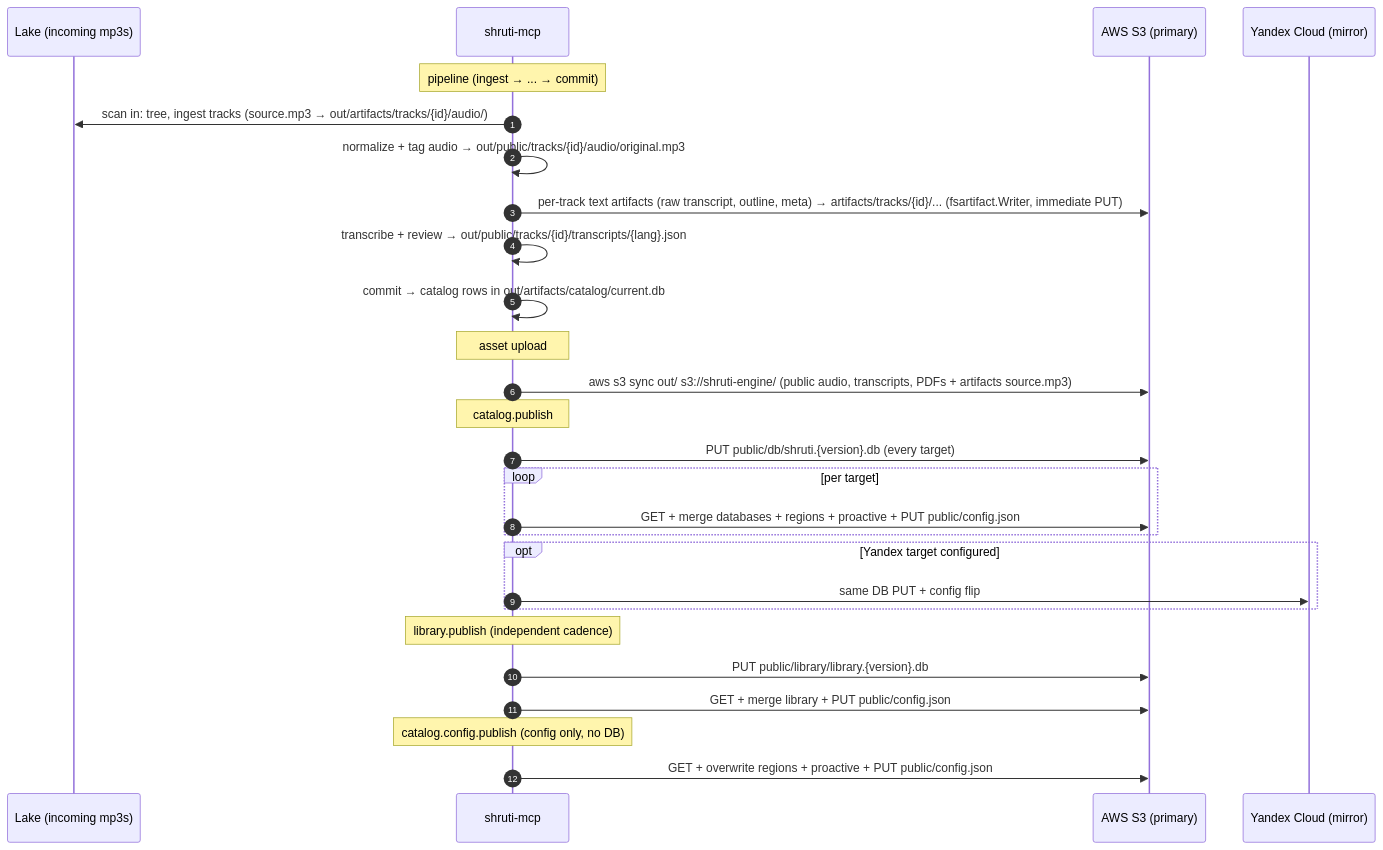
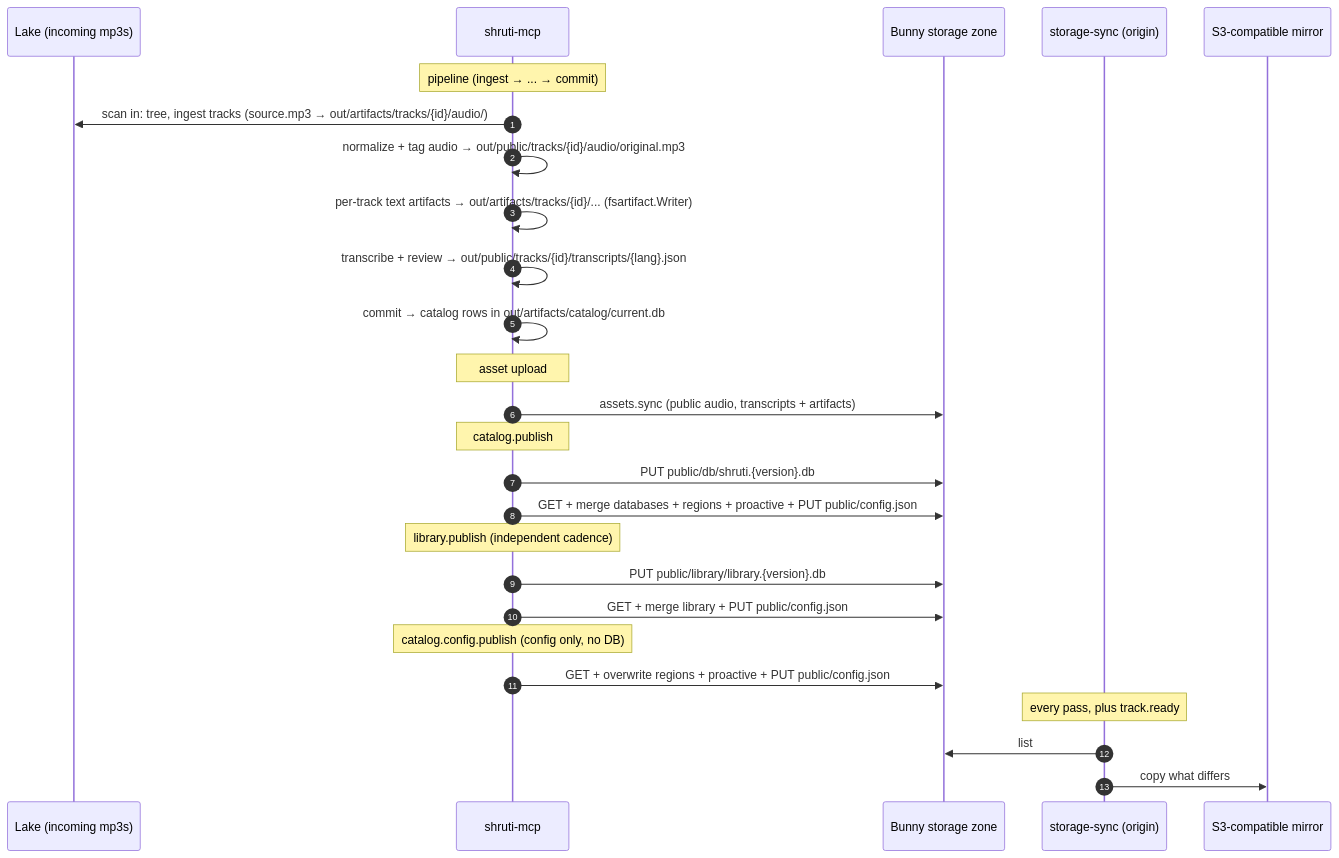
The second of 2 diagrams in docs/repos/shruti/infra/s3-layout.md (jiva-studio/shruti), drawn with Mermaid before and after one commit. The commit also changed other lines of this file and 23 other files, not shown here.

````diff
--- a/docs/repos/shruti/infra/s3-layout.md
+++ b/docs/repos/shruti/infra/s3-layout.md
@@ -157,34 +158,34 @@
 ```mermaid
 sequenceDiagram
     autonumber
     participant Lake as Lake (incoming mp3s)
     participant MCP as shruti-mcp
-    participant AWS as AWS S3 (primary)
-    participant Yandex as Yandex Cloud (mirror)
+    participant Zone as Bunny storage zone
+    participant Sync as storage-sync (origin)
+    participant Mirror as S3-compatible mirror
 
     Note over MCP: pipeline (ingest → ... → commit)
     MCP->>Lake: scan in: tree, ingest tracks (source.mp3 → out/artifacts/tracks/{id}/audio/)
     MCP->>MCP: normalize + tag audio → out/public/tracks/{id}/audio/original.mp3
-    MCP->>AWS: per-track text artifacts (raw transcript, outline, meta) → artifacts/tracks/{id}/... (fsartifact.Writer, immediate PUT)
+    MCP->>MCP: per-track text artifacts → out/artifacts/tracks/{id}/... (fsartifact.Writer)
     MCP->>MCP: transcribe + review → out/public/tracks/{id}/transcripts/{lang}.json
     MCP->>MCP: commit → catalog rows in out/artifacts/catalog/current.db
 
     Note over MCP: asset upload
-    MCP->>AWS: aws s3 sync out/ s3://shruti-engine/ (public audio, transcripts, PDFs + artifacts source.mp3)
+    MCP->>Zone: assets.sync (public audio, transcripts + artifacts)
 
     Note over MCP: catalog.publish
-    MCP->>AWS: PUT public/db/shruti.{version}.db (every target)
-    loop per target
-        MCP->>AWS: GET + merge databases + regions + proactive + PUT public/config.json
-    end
-    opt Yandex target configured
-        MCP->>Yandex: same DB PUT + config flip
-    end
+    MCP->>Zone: PUT public/db/shruti.{version}.db
+    MCP->>Zone: GET + merge databases + regions + proactive + PUT public/config.json
 
     Note over MCP: library.publish (independent cadence)
-    MCP->>AWS: PUT public/library/library.{version}.db
-    MCP->>AWS: GET + merge library + PUT public/config.json
+    MCP->>Zone: PUT public/library/library.{version}.db
+    MCP->>Zone: GET + merge library + PUT public/config.json
 
     Note over MCP: catalog.config.publish (config only, no DB)
-    MCP->>AWS: GET + overwrite regions + proactive + PUT public/config.json
+    MCP->>Zone: GET + overwrite regions + proactive + PUT public/config.json
+
+    Note over Sync: every pass, plus track.ready
+    Sync->>Zone: list
+    Sync->>Mirror: copy what differs
 ```
````
